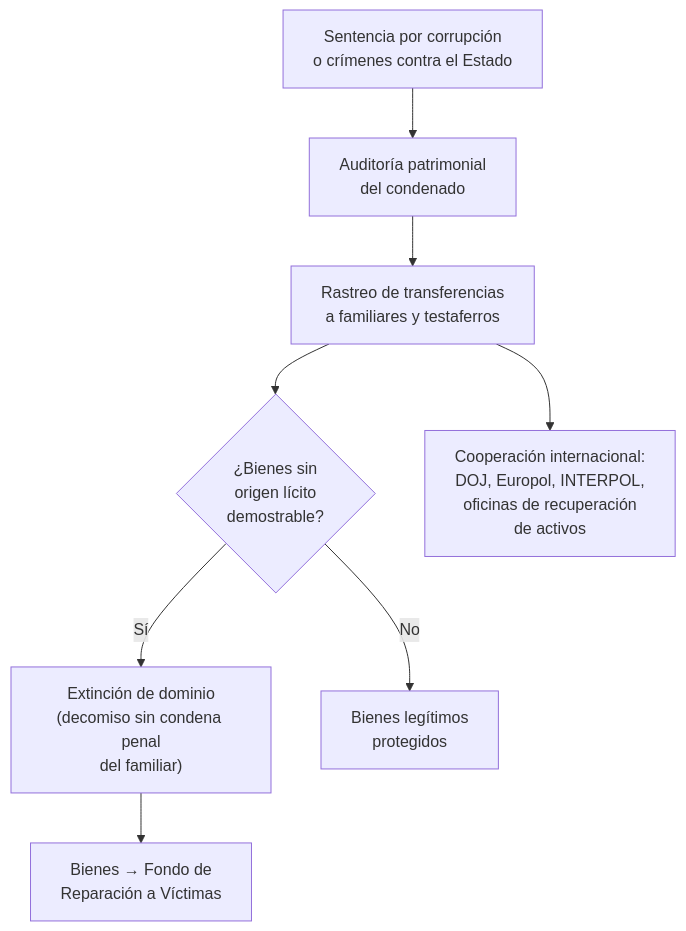
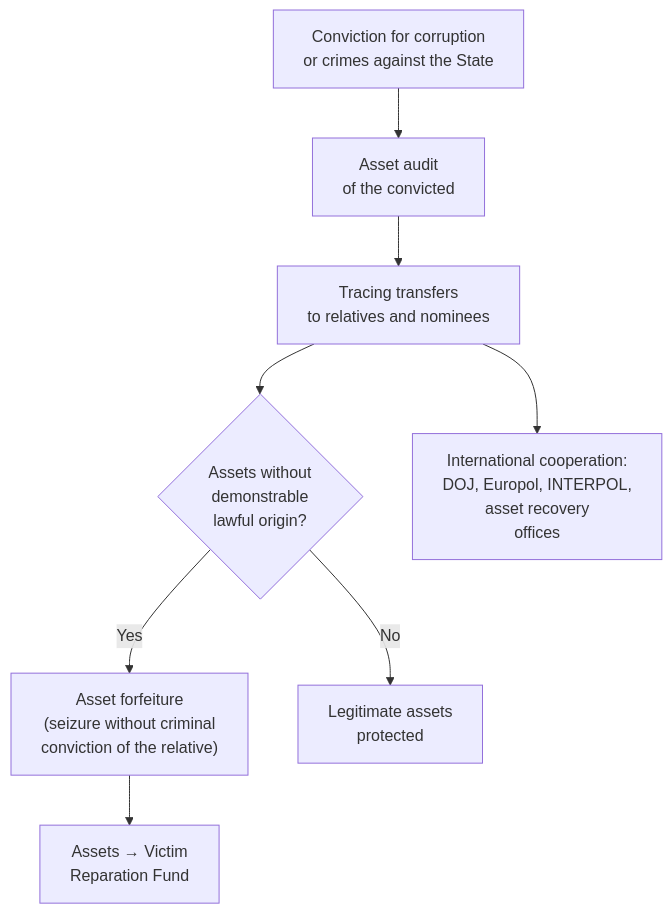
One commit to Venezuela-S-A/venezuela-sa changed the first of 3 diagrams in i18n/en/docusaurus-plugin-content-docs/current/04-gobernanza/justicia-transicional.md. Above: the diagram before and after it, drawn with Mermaid. The commit also changed other lines of this file and 127 other files, not shown here.

````diff
--- a/i18n/en/docusaurus-plugin-content-docs/current/04-gobernanza/justicia-transicional.md
+++ b/i18n/en/docusaurus-plugin-content-docs/current/04-gobernanza/justicia-transicional.md
@@ -113,11 +113,11 @@
 ```mermaid
 flowchart TD
-    A["Sentencia por corrupción<br/>o crímenes contra el Estado"] --> B["Auditoría patrimonial<br/>del condenado"]
-    B --> C["Rastreo de transferencias<br/>a familiares y testaferros"]
-    C --> D{"¿Bienes sin<br/>origen lícito<br/>demostrable?"}
-    D -->|Sí| E["Extinción de dominio<br/>(decomiso sin condena penal<br/>del familiar)"]
-    D -->|No| F["Bienes legítimos<br/>protegidos"]
-    E --> G["Bienes → Fondo de<br/>Reparación a Víctimas"]
+    A["Conviction for corruption<br/>or crimes against the State"] --> B["Asset audit<br/>of the convicted"]
+    B --> C["Tracing transfers<br/>to relatives and nominees"]
+    C --> D{"Assets without<br/>demonstrable<br/>lawful origin?"}
+    D -->|Yes| E["Asset forfeiture<br/>(seizure without criminal<br/>conviction of the relative)"]
+    D -->|No| F["Legitimate assets<br/>protected"]
+    E --> G["Assets → Victim<br/>Reparation Fund"]
 
-    C --> H["Cooperación internacional:<br/>DOJ, Europol, INTERPOL,<br/>oficinas de recuperación<br/>de activos"]
+    C --> H["International cooperation:<br/>DOJ, Europol, INTERPOL,<br/>asset recovery<br/>offices"]
 ```
````
